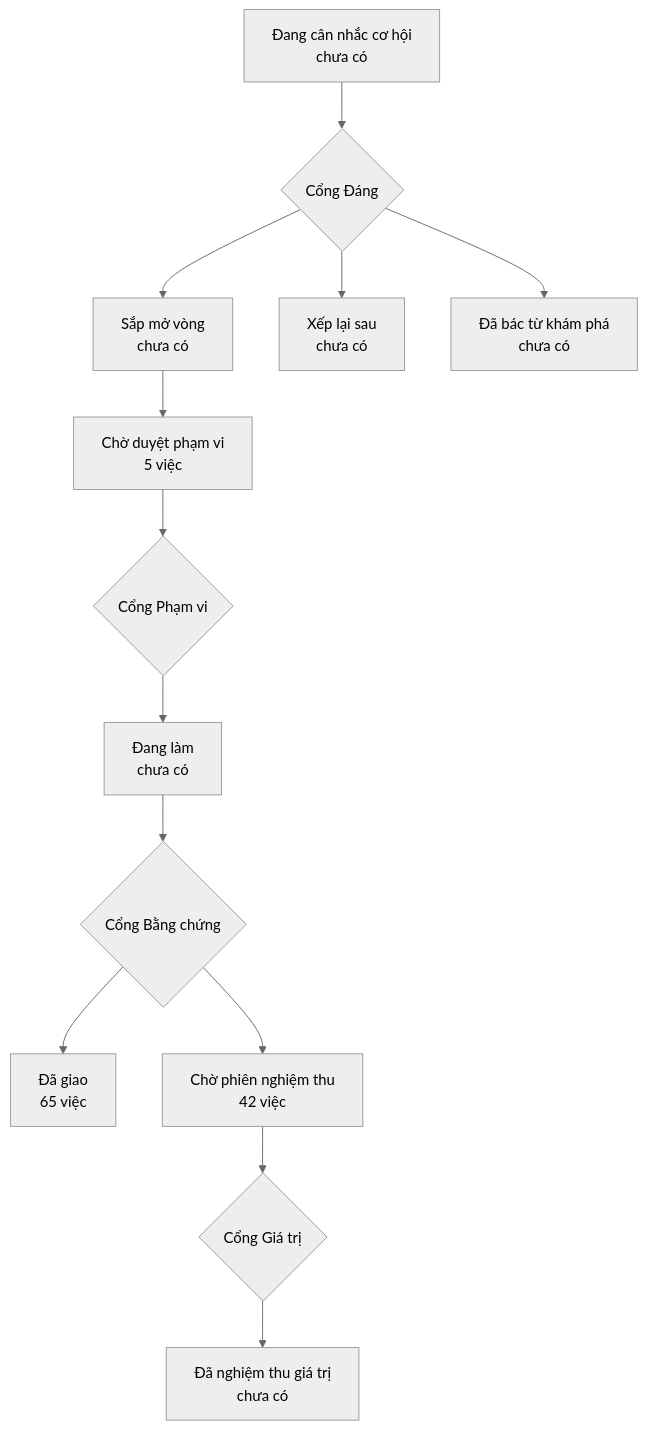
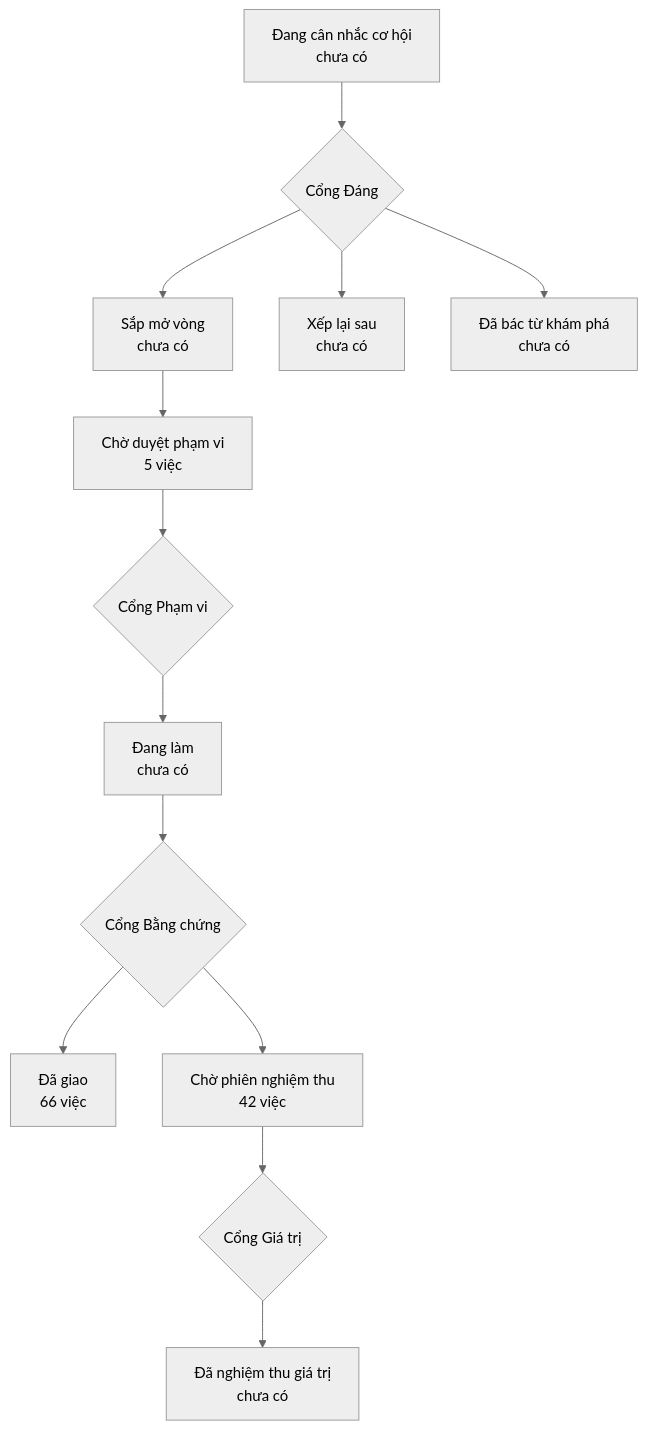
The diagram in PRODUCT-MAP.md (phanlemanh/onehub-invest), drawn with Mermaid (neutral theme) before and after one commit. The commit also changed other lines of this file and 4 other files, not shown here.

````diff
--- a/PRODUCT-MAP.md
+++ b/PRODUCT-MAP.md
@@ -7,12 +7,12 @@
 ```mermaid
 flowchart TD
   A["Đang cân nhắc cơ hội<br/>chưa có"] --> GD{"Cổng Đáng"}
   GD --> B["Sắp mở vòng<br/>chưa có"]
   GD --> XL["Xếp lại sau<br/>chưa có"]
   GD --> DB["Đã bác từ khám phá<br/>chưa có"]
   B --> CD["Chờ duyệt phạm vi<br/>5 việc"] --> GP{"Cổng Phạm vi"}
   GP --> DL["Đang làm<br/>chưa có"] --> GB{"Cổng Bằng chứng"}
-  GB --> DG["Đã giao<br/>65 việc"]
+  GB --> DG["Đã giao<br/>66 việc"]
   GB --> CN["Chờ phiên nghiệm thu<br/>42 việc"] --> GG{"Cổng Giá trị"}
   GG --> NT["Đã nghiệm thu giá trị<br/>chưa có"]
 ```
````
